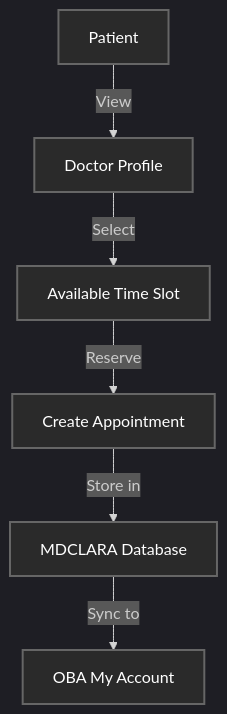
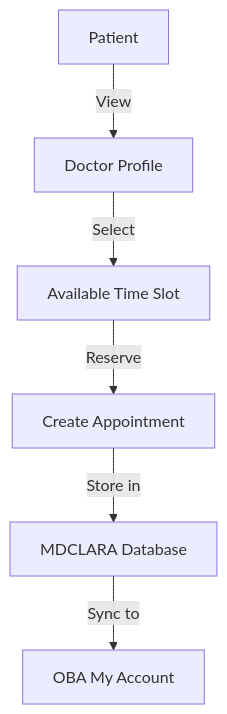
One commit to MOHAMEDHESMAM8/obahealthclub changed the fourth of 5 diagrams in index.md. Above: the diagram before and after it, drawn with Mermaid. The commit also changed other lines of this file and 3 other files, not shown here.

````diff
--- a/index.md
+++ b/index.md
@@ -101,15 +104,8 @@
 ```mermaid
-%%{init: {'theme': 'dark'}}%%
 flowchart TD
     A[Patient] -->|View| B[Doctor Profile]
     B -->|Select| C[Available Time Slot]
     C -->|Reserve| D[Create Appointment]
     D -->|Store in| E[MDCLARA Database]
     E -->|Sync to| F[OBA My Account]
-    style A fill:#2A2A2A,stroke:#666,stroke-width:2px,color:#fff
-    style B fill:#2A2A2A,stroke:#666,stroke-width:2px,color:#fff
-    style C fill:#2A2A2A,stroke:#666,stroke-width:2px,color:#fff
-    style D fill:#2A2A2A,stroke:#666,stroke-width:2px,color:#fff
-    style E fill:#2A2A2A,stroke:#666,stroke-width:2px,color:#fff
-    style F fill:#2A2A2A,stroke:#666,stroke-width:2px,color:#fff
 ```
````
